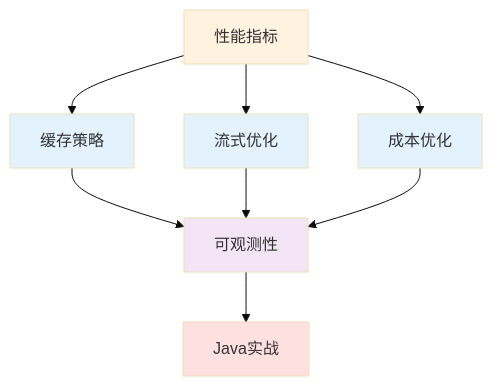
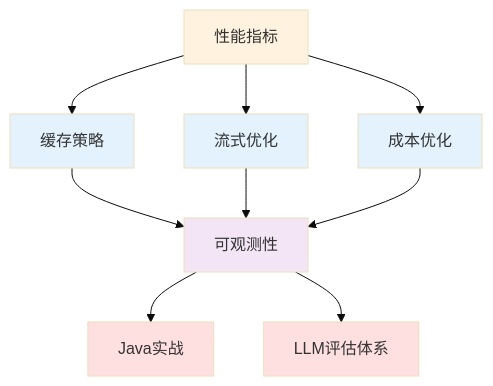
Before and after one commit to KasonLee-marker/llm-knowledge: the fourth of 4 diagrams in 09-performance-monitoring.md, drawn with Mermaid (base theme). The commit also changed 5 other files, not shown here.

````diff
--- a/09-performance-monitoring.md
+++ b/09-performance-monitoring.md
@@ -168,17 +168,19 @@
 ```mermaid
 graph TD
     A[性能指标] --> B[缓存策略]
     A --> C[流式优化]
     A --> D[成本优化]
     B --> E[可观测性]
     C --> E
     D --> E
     E --> F[Java实战]
+    E --> G[LLM评估体系]
     
     style A fill:#fff3e0
     style B fill:#e3f2fd
     style C fill:#e3f2fd
     style D fill:#e3f2fd
     style E fill:#f3e5f5
     style F fill:#ffe0e0
+    style G fill:#ffe0e0
 ```
````
